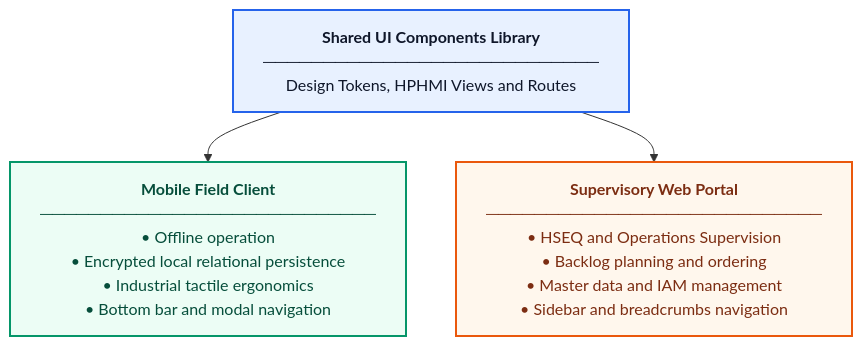
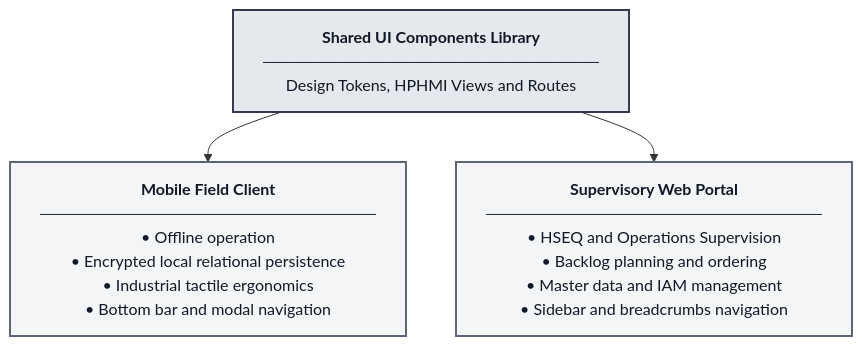
The first of 6 diagrams in ui-ux/DT-UI-NAV-DOC-001.md (Novav20/adso-dteam-docs), drawn with Mermaid before and after one commit. The commit also changed other lines of this file and 12 other files, not shown here.

````diff
--- a/ui-ux/DT-UI-NAV-DOC-001.md
+++ b/ui-ux/DT-UI-NAV-DOC-001.md
@@ -28,19 +28,19 @@
 ```mermaid
 graph TD
     UIComponents["<b>Shared UI Components Library</b><br/>────────────────────────────<br/>Design Tokens, HPHMI Views and Routes"]
 
     Mobile["<b>Mobile Field Client</b><br/>────────────────────────────<br/>• Offline operation<br/>• Encrypted local relational persistence<br/>• Industrial tactile ergonomics<br/>• Bottom bar and modal navigation"]
 
     Web["<b>Supervisory Web Portal</b><br/>────────────────────────────<br/>• HSEQ and Operations Supervision<br/>• Backlog planning and ordering<br/>• Master data and IAM management<br/>• Sidebar and breadcrumbs navigation"]
 
     UIComponents --> Mobile
     UIComponents --> Web
 
-    classDef shared fill:#E8F1FF,stroke:#2563EB,stroke-width:2px,color:#0F172A;
-    classDef mobile fill:#ECFDF5,stroke:#059669,stroke-width:2px,color:#064E3B;
-    classDef web fill:#FFF7ED,stroke:#EA580C,stroke-width:2px,color:#7C2D12;
+    classDef shared fill:#E5E8EC,stroke:#353B4D,stroke-width:2px,color:#111827;
+    classDef mobile fill:#F4F5F7,stroke:#5C667A,stroke-width:2px,color:#111827;
+    classDef web fill:#F4F5F7,stroke:#5C667A,stroke-width:2px,color:#111827;
 
     class UIComponents shared;
     class Mobile mobile;
     class Web web;
 ```
````
